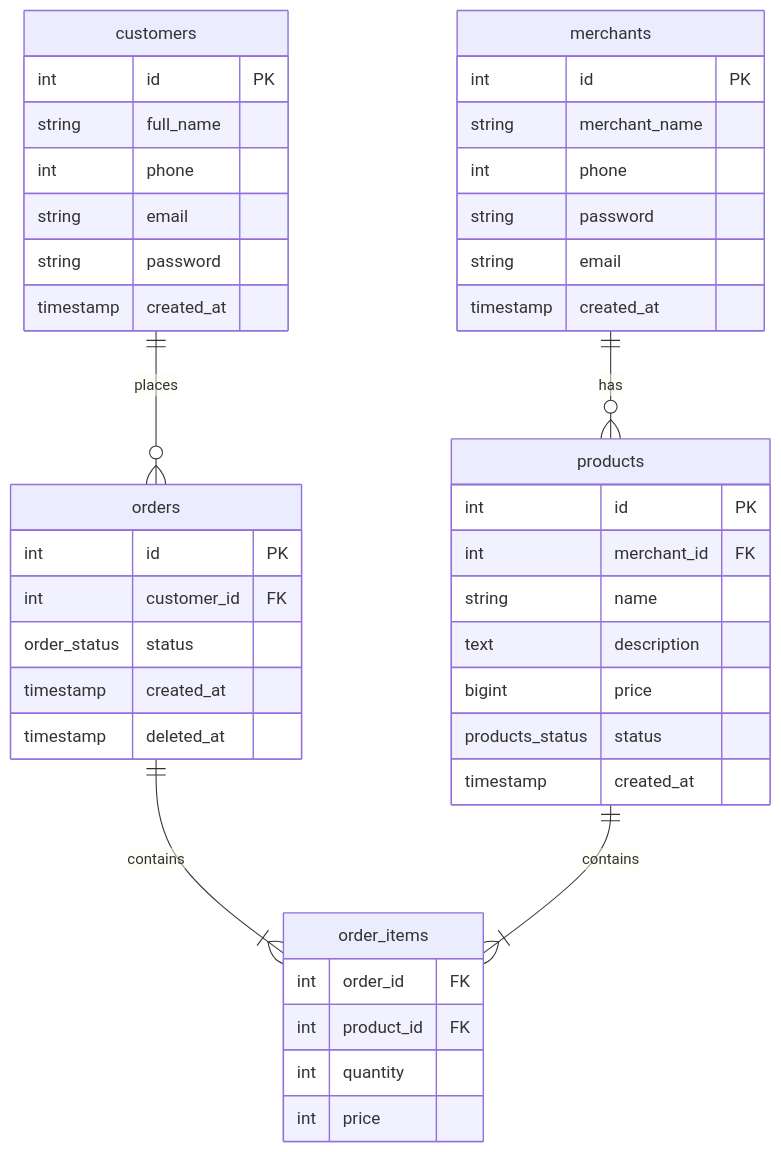
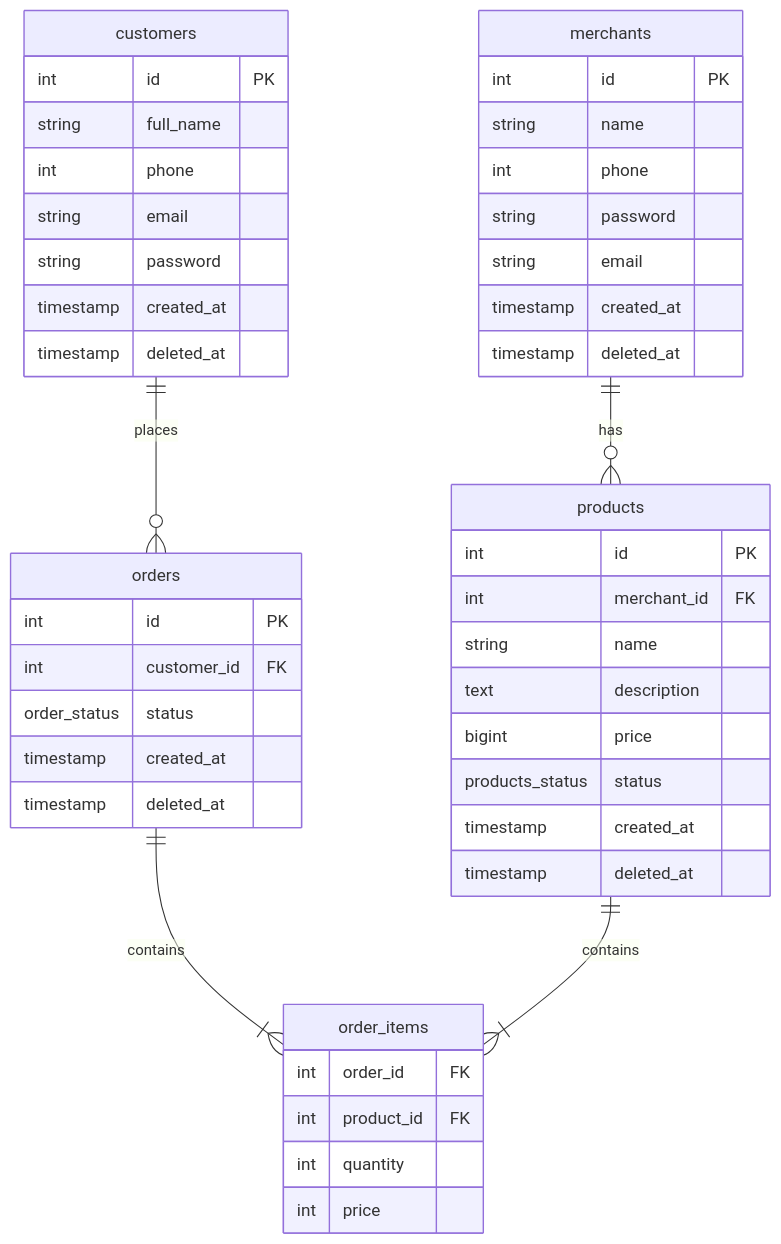
The diagram in README.md (delveper/mystore), drawn with Mermaid before and after one commit. The commit also changed 7 other files, not shown here.

````diff
--- a/README.md
+++ b/README.md
@@ -15,50 +15,53 @@
 ```mermaid
 erDiagram
     merchants {
         int id PK
-        string merchant_name
+        string name
         int phone
         string password
         string email
         timestamp created_at
+        timestamp deleted_at
     }
 
     customers {
         int id PK
         string full_name
         int phone
         string email
         string password
         timestamp created_at
+        timestamp deleted_at
     }
 
     products {
         int id PK
         int merchant_id FK
         string name
         text description
         bigint price
         products_status status
         timestamp created_at
+        timestamp deleted_at
     }
 
     orders {
         int id PK
         int customer_id FK
         order_status status
         timestamp created_at
         timestamp deleted_at
     }
 
     order_items {
         int order_id FK
         int product_id FK
         int quantity
         int price
     }
 
     merchants ||--o{ products : has
     customers ||--o{ orders : places 
     orders ||--|{ order_items : contains 
     products ||--|{ order_items :contains 
 ```
````
